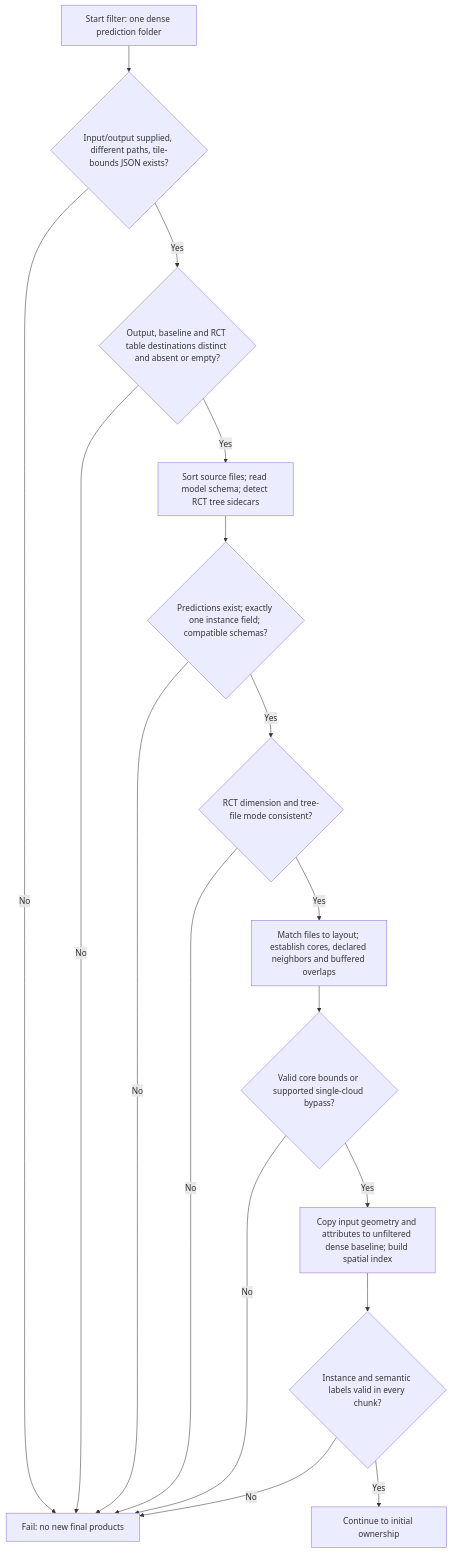
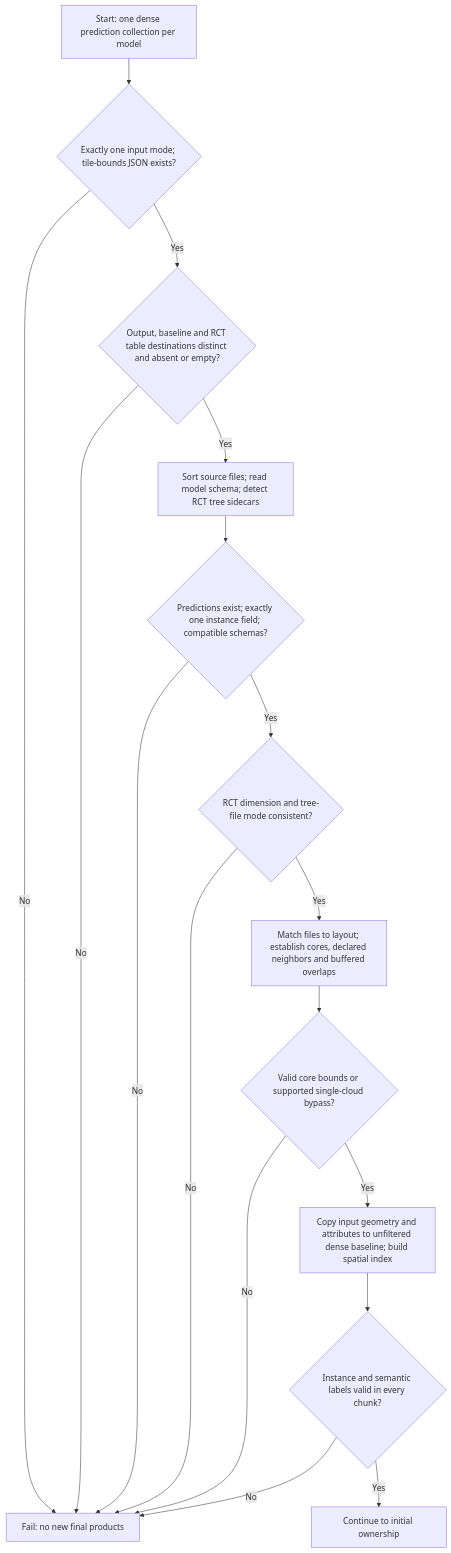
Before and after one commit to 3dTrees-earth/3dtrees_Smart_Tile: the first of 7 diagrams in docs/filter-decision-flow.md, drawn with Mermaid. The commit also changed other lines of this file and 96 other files, not shown here.

````diff
--- a/docs/filter-decision-flow.md
+++ b/docs/filter-decision-flow.md
@@ -15,19 +13,19 @@
 ```mermaid
 flowchart TD
-    A["Start filter: one dense prediction folder"] --> B{"Input/output supplied, different paths, tile-bounds JSON exists?"}
+    A["Start: one dense prediction collection per model"] --> B{"Exactly one input mode; tile-bounds JSON exists?"}
     B -->|No| FAIL["Fail: no new final products"]
     B -->|Yes| C{"Output, baseline and RCT table destinations distinct and absent or empty?"}
     C -->|No| FAIL
     C -->|Yes| D["Sort source files; read model schema; detect RCT tree sidecars"]
     D --> E{"Predictions exist; exactly one instance field; compatible schemas?"}
     E -->|No| FAIL
     E -->|Yes| F{"RCT dimension and tree-file mode consistent?"}
     F -->|No| FAIL
     F -->|Yes| G["Match files to layout; establish cores, declared neighbors and buffered overlaps"]
     G --> H{"Valid core bounds or supported single-cloud bypass?"}
     H -->|No| FAIL
     H -->|Yes| I["Copy input geometry and attributes to unfiltered dense baseline; build spatial index"]
     I --> J{"Instance and semantic labels valid in every chunk?"}
     J -->|No| FAIL
     J -->|Yes| K["Continue to initial ownership"]
 ```
````
